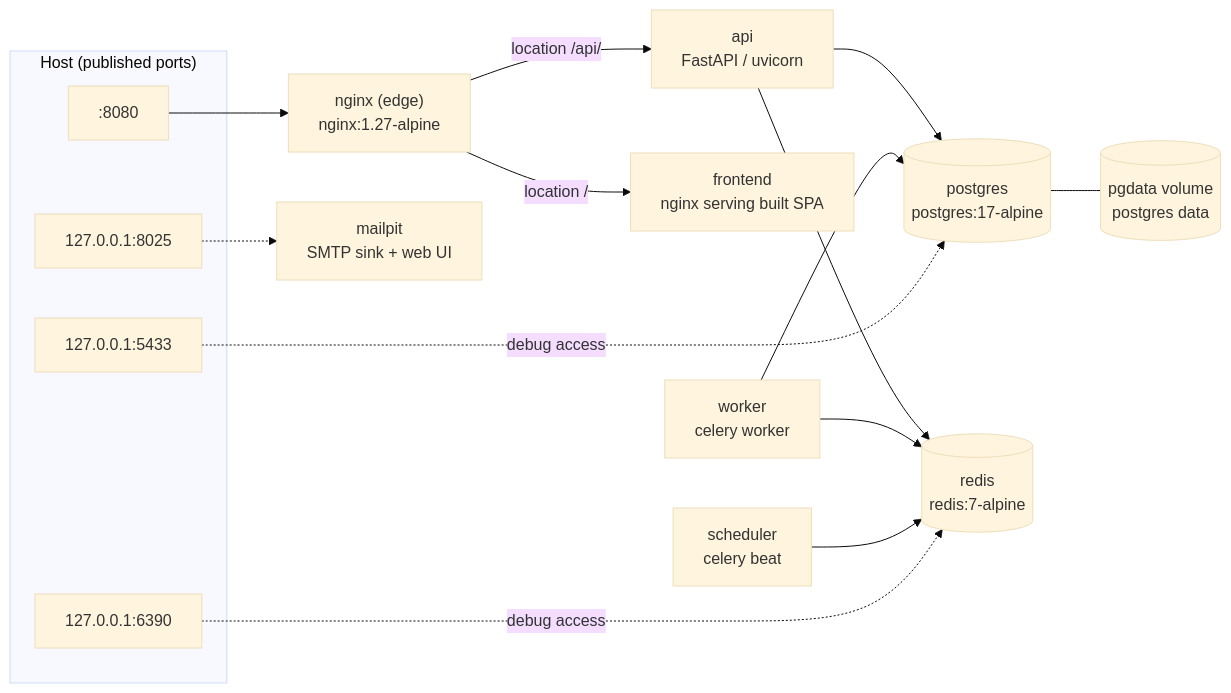
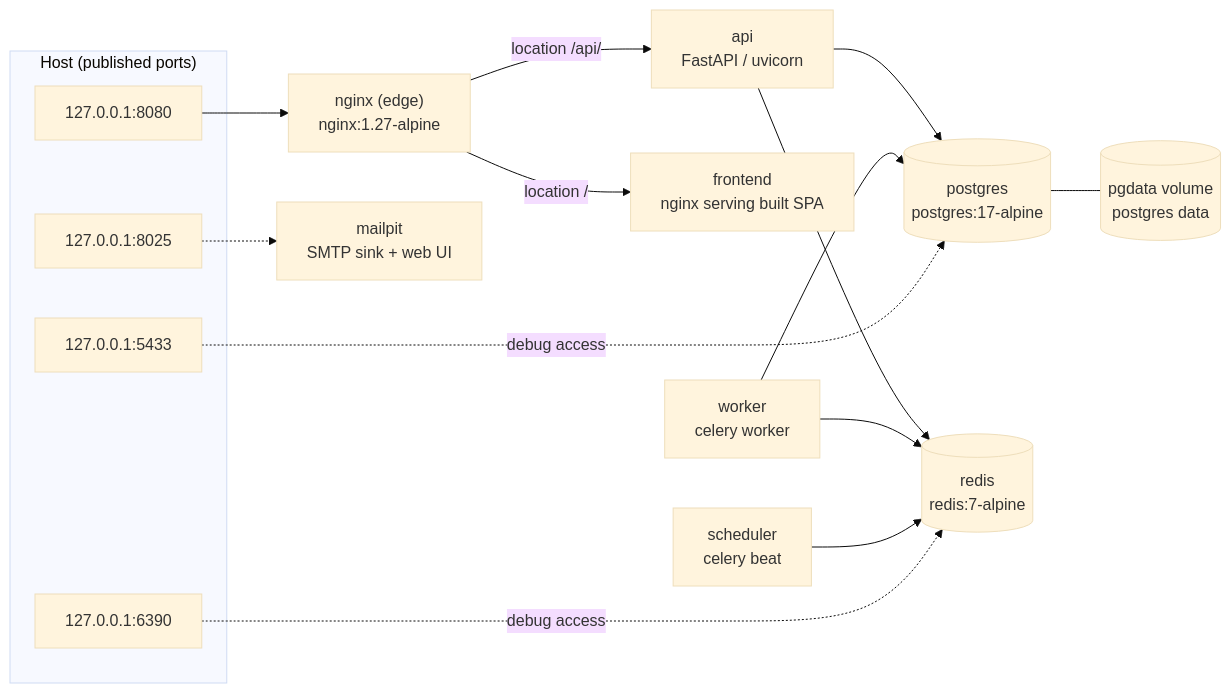
Before and after one commit to emad60/nexusops: the first of 3 diagrams in docs/deployment.md, drawn with Mermaid (base theme). The commit also changed other lines of this file, not shown here.

````diff
--- a/docs/deployment.md
+++ b/docs/deployment.md
@@ -19,34 +19,34 @@
 ```mermaid
 flowchart LR
     subgraph host["Host (published ports)"]
-        P8080[":8080"]
+        P8080["127.0.0.1:8080"]
         P5433["127.0.0.1:5433"]
         P6390["127.0.0.1:6390"]
         P8025["127.0.0.1:8025"]
     end
 
     B[("pgdata volume<br/>postgres data")]
 
     nginx["nginx (edge)<br/>nginx:1.27-alpine"] -->|"location /api/"| api
     nginx -->|"location /"| fe
 
     fe["frontend<br/>nginx serving built SPA"]
     api["api<br/>FastAPI / uvicorn"]
     worker["worker<br/>celery worker"]
     sched["scheduler<br/>celery beat"]
     pg[("postgres<br/>postgres:17-alpine")]
     rd[("redis<br/>redis:7-alpine")]
     mp["mailpit<br/>SMTP sink + web UI"]
 
     api --> pg
     api --> rd
     worker --> pg
     worker --> rd
     sched --> rd
     pg --- B
 
     P8080 --> nginx
     P5433 -.->|debug access| pg
     P6390 -.->|debug access| rd
     P8025 -.-> mp
 ```
````
